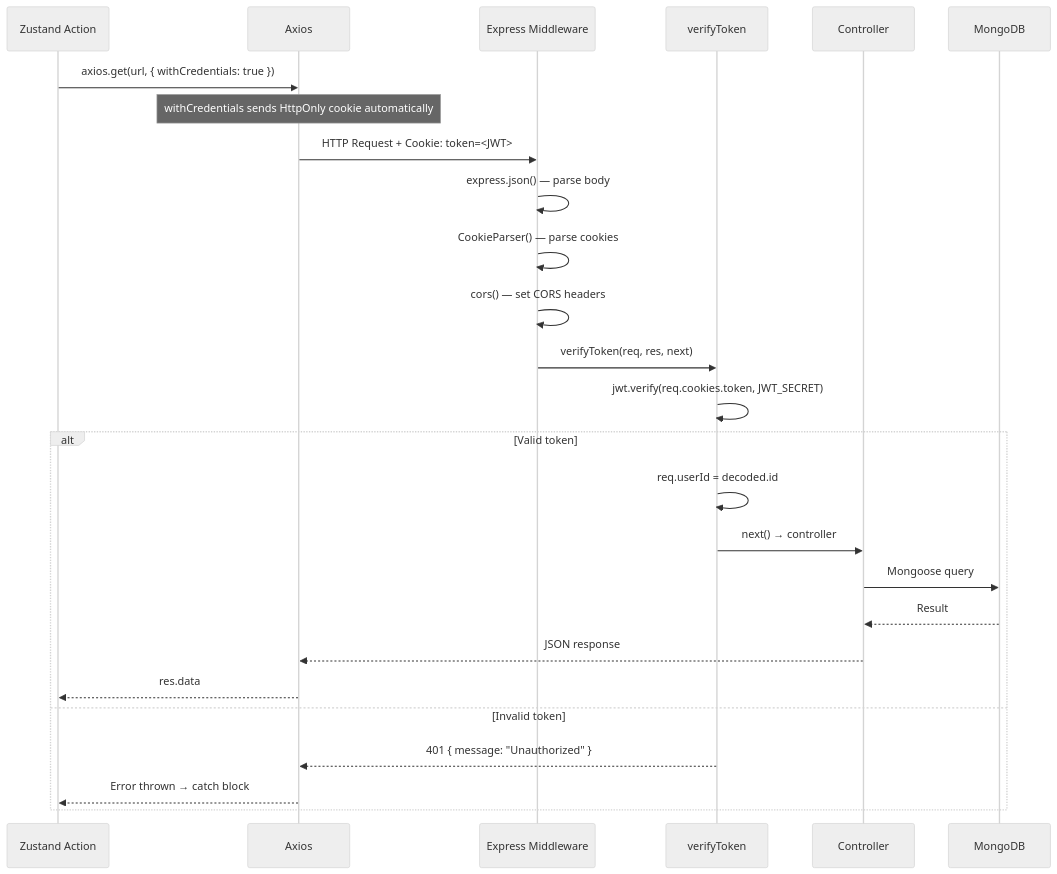
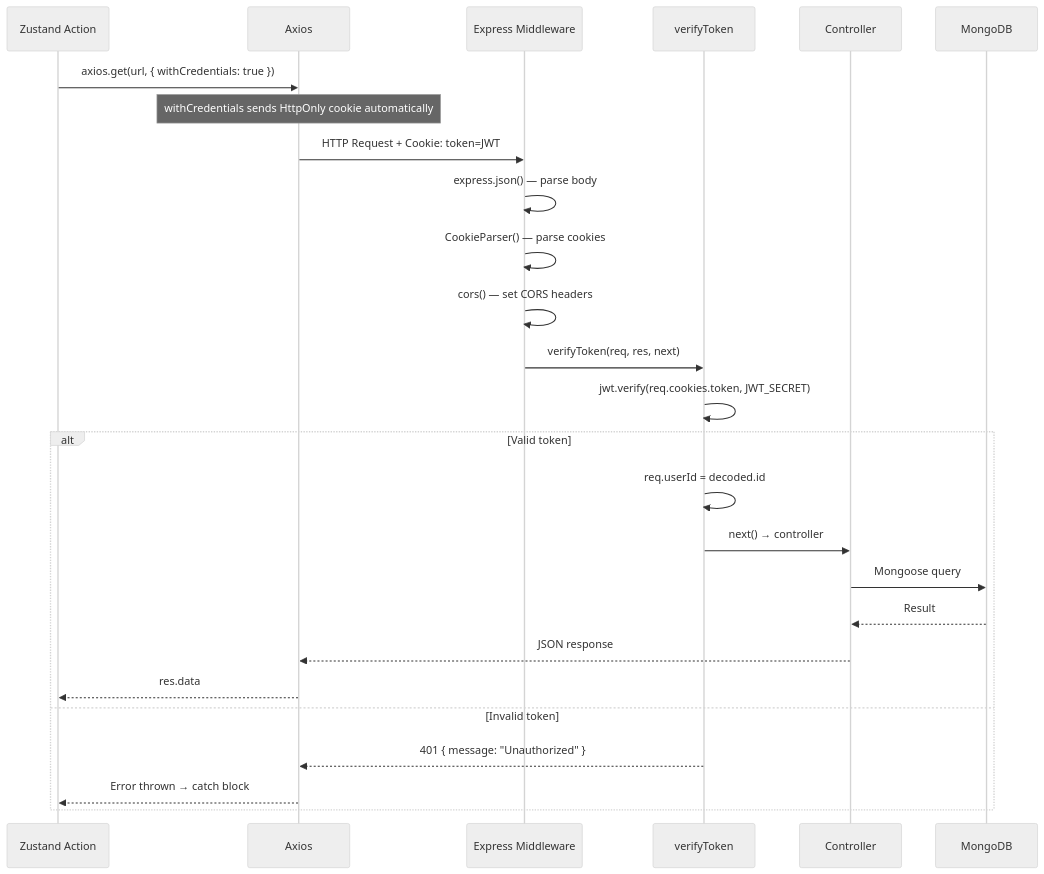
One commit to shriija/task-managerr changed the eighth of 10 diagrams in client/README.md. Above: the diagram before and after it, drawn with Mermaid (neutral theme). The commit also changed 2 other files, not shown here.

Commit message:
fix: update JWT token representation in README files

````diff
--- a/client/README.md
+++ b/client/README.md
@@ -588,29 +588,29 @@
 ```mermaid
 sequenceDiagram
     participant ZS as Zustand Action
     participant AX as Axios
     participant MW as Express Middleware
     participant VT as verifyToken
     participant CT as Controller
     participant DB as MongoDB
 
     ZS->>AX: axios.get(url, { withCredentials: true })
     Note over AX: withCredentials sends HttpOnly cookie automatically
-    AX->>MW: HTTP Request + Cookie: token=<JWT>
+    AX->>MW: HTTP Request + Cookie: token=JWT
     MW->>MW: express.json() — parse body
     MW->>MW: CookieParser() — parse cookies
     MW->>MW: cors() — set CORS headers
     MW->>VT: verifyToken(req, res, next)
     VT->>VT: jwt.verify(req.cookies.token, JWT_SECRET)
     alt Valid token
         VT->>VT: req.userId = decoded.id
         VT->>CT: next() → controller
         CT->>DB: Mongoose query
         DB-->>CT: Result
         CT-->>AX: JSON response
         AX-->>ZS: res.data
     else Invalid token
         VT-->>AX: 401 { message: "Unauthorized" }
         AX-->>ZS: Error thrown → catch block
     end
 ```
````
